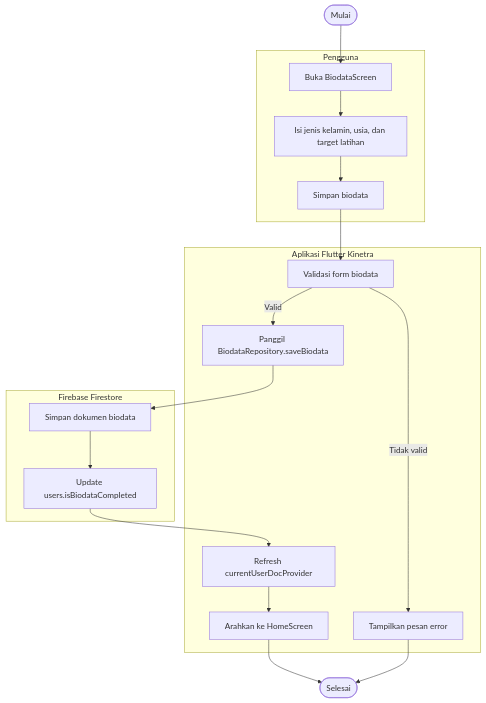
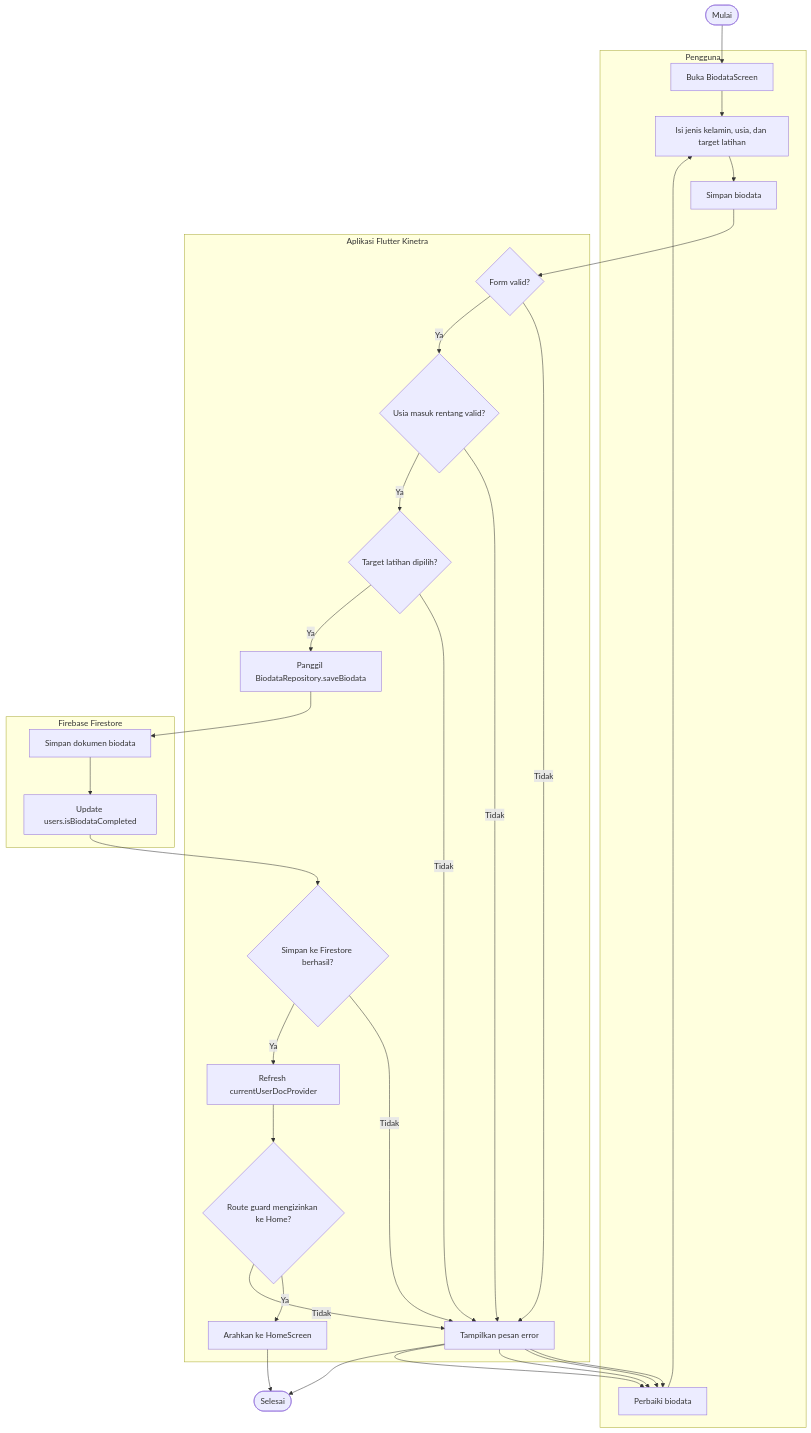
Before and after one commit to arifrachmatdx/Kinetra: the fifth of 26 diagrams in docs/uml.md, drawn with Mermaid. The commit also changed other lines of this file and 1 other file, not shown here.

Commit message:
docs: add detailed UML decisions and alternatives

````diff
--- a/docs/uml.md
+++ b/docs/uml.md
@@ -160,24 +197,37 @@
 ```mermaid
 flowchart TD
     Start([Mulai])
     subgraph User["Pengguna"]
         OpenBiodata[Buka BiodataScreen]
         FillBiodata[Isi jenis kelamin, usia, dan target latihan]
         SubmitBiodata[Simpan biodata]
+        FixBiodata[Perbaiki biodata]
     end
     subgraph App["Aplikasi Flutter Kinetra"]
-        ValidateBiodata[Validasi form biodata]
+        ValidateBiodata{Form valid?}
+        AgeValid{Usia masuk rentang valid?}
+        TargetSelected{Target latihan dipilih?}
         CallSave[Panggil BiodataRepository.saveBiodata]
+        SaveSuccess{Simpan ke Firestore berhasil?}
         RefreshUserDoc[Refresh currentUserDocProvider]
+        RouteAllowed{Route guard mengizinkan ke Home?}
         GoHome[Arahkan ke HomeScreen]
         ShowError[Tampilkan pesan error]
     end
     subgraph DB["Firebase Firestore"]
         WriteBiodata[Simpan dokumen biodata]
         UpdateUser[Update users.isBiodataCompleted]
     end
 
     Start --> OpenBiodata --> FillBiodata --> SubmitBiodata --> ValidateBiodata
-    ValidateBiodata -->|Valid| CallSave --> WriteBiodata --> UpdateUser --> RefreshUserDoc --> GoHome --> End([Selesai])
-    ValidateBiodata -->|Tidak valid| ShowError --> End
+    ValidateBiodata -->|Tidak| ShowError --> FixBiodata --> FillBiodata
+    ValidateBiodata -->|Ya| AgeValid
+    AgeValid -->|Tidak| ShowError --> FixBiodata
+    AgeValid -->|Ya| TargetSelected
+    TargetSelected -->|Tidak| ShowError --> FixBiodata
+    TargetSelected -->|Ya| CallSave --> WriteBiodata --> UpdateUser --> SaveSuccess
+    SaveSuccess -->|Tidak| ShowError --> FixBiodata
+    SaveSuccess -->|Ya| RefreshUserDoc --> RouteAllowed
+    RouteAllowed -->|Ya| GoHome --> End([Selesai])
+    RouteAllowed -->|Tidak| ShowError --> End
 ```
````
